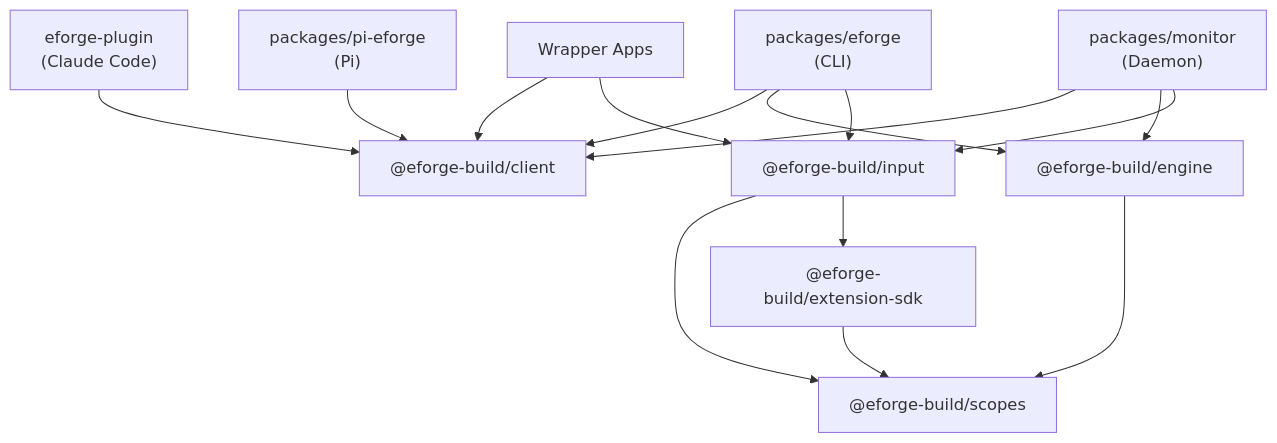
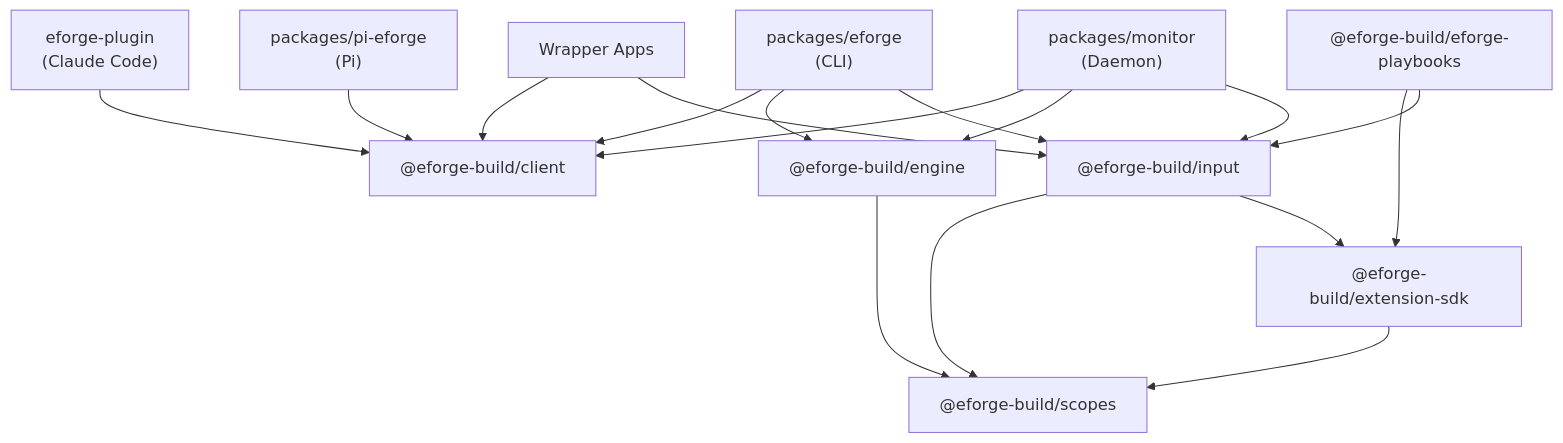
Before and after one commit to eforge-build/eforge: the second of 4 diagrams in docs/architecture.md, drawn with Mermaid. The commit also changed other lines of this file and 33 other files, not shown here.

First line of the commit message:
feat(plan-02-playbooks-extension): Create and register the @eforge-build/eforge-playbooks extension package with playbook actions, schemas, capabilities, optional eforge-plan dependency, Console contribution, README, and package tests.

````diff
--- a/docs/architecture.md
+++ b/docs/architecture.md
@@ -72,28 +77,31 @@
 ```mermaid
 flowchart TD
     wrappers["Wrapper Apps"]
     plugin["eforge-plugin\n(Claude Code)"]
     pi["packages/pi-eforge\n(Pi)"]
     cli["packages/eforge\n(CLI)"]
     monitor["packages/monitor\n(Daemon)"]
     client["@eforge-build/client"]
     input["@eforge-build/input"]
     engine["@eforge-build/engine"]
     scopes["@eforge-build/scopes"]
     extensionSdk["@eforge-build/extension-sdk"]
+    playbooksExt["@eforge-build/eforge-playbooks"]
 
     wrappers --> client
     wrappers --> input
     plugin --> client
     pi --> client
     cli --> client
     cli --> engine
     cli --> input
     monitor --> client
     monitor --> engine
     monitor --> input
     engine --> scopes
     input --> scopes
     input --> extensionSdk
     extensionSdk --> scopes
+    playbooksExt --> extensionSdk
+    playbooksExt --> input
 ```
````
